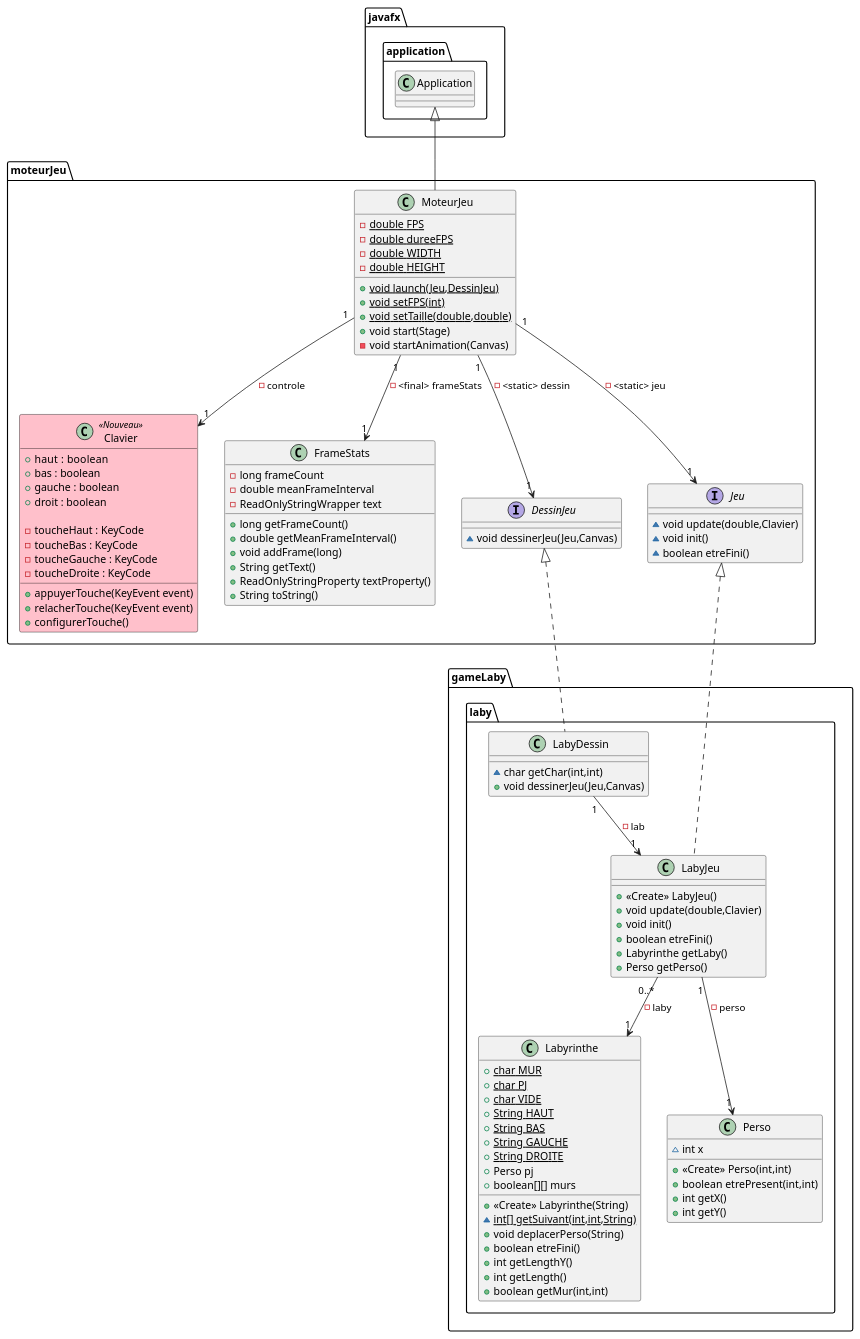
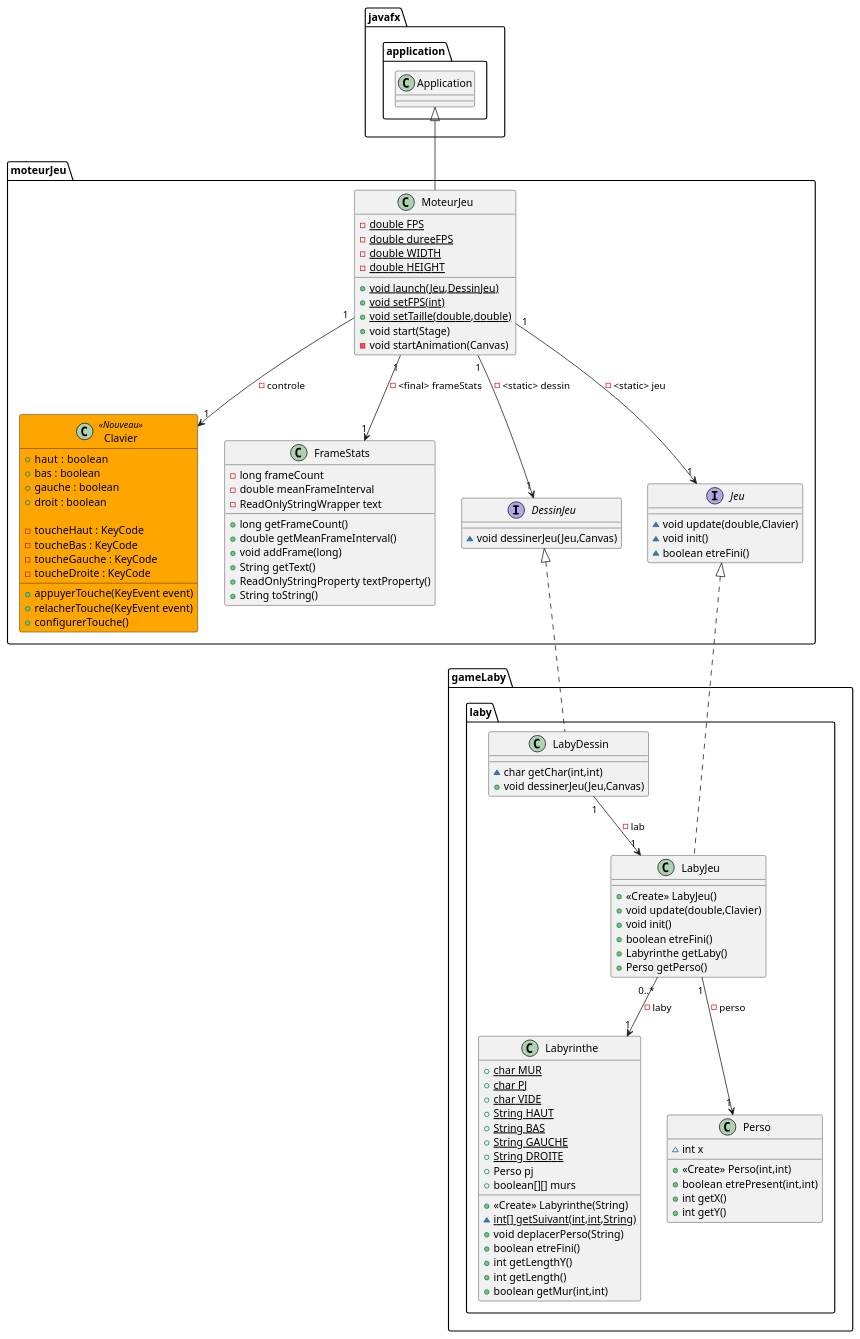
Before and after one commit to Luquor/2022_Zeldiablo_pinchon6u_elbourou11u_allali24u_kone41u_signorel2u: the diagram in documents/version_4/DiagClassConfigurationClavier.puml, drawn with PlantUML. The commit also changed 3 other files, not shown here.

Commit message:
push du diagramme de class de la configuration du clavier.

```diff
--- a/documents/version_4/DiagClassConfigurationClavier.puml
+++ b/documents/version_4/DiagClassConfigurationClavier.puml
@@ -1,108 +1,108 @@
 @startuml
 
 skinparam class{
-  BackgroundColor<<Nouveau>> Pink
+  BackgroundColor<<Nouveau>> Orange
   BorderColor<<Nouveau>> Black
 }
 
 class moteurJeu.Clavier<<Nouveau>>
 {
     + haut  : boolean
     + bas : boolean
     + gauche : boolean
     + droit : boolean
 
     - toucheHaut : KeyCode
     - toucheBas : KeyCode
     - toucheGauche : KeyCode
     - toucheDroite : KeyCode
 
     + appuyerTouche(KeyEvent event)
     + relacherTouche(KeyEvent event)
     + configurerTouche()
 }
 
 class moteurJeu.FrameStats {
 - long frameCount
 - double meanFrameInterval
 - ReadOnlyStringWrapper text
 + long getFrameCount()
 + double getMeanFrameInterval()
 + void addFrame(long)
 + String getText()
 + ReadOnlyStringProperty textProperty()
 + String toString()
 }
 class gameLaby.laby.Labyrinthe {
 + {static} char MUR
 + {static} char PJ
 + {static} char VIDE
 + {static} String HAUT
 + {static} String BAS
 + {static} String GAUCHE
 + {static} String DROITE
 + Perso pj
 + boolean[][] murs
 + <<Create>> Labyrinthe(String)
 ~ {static} int[] getSuivant(int,int,String)
 + void deplacerPerso(String)
 + boolean etreFini()
 + int getLengthY()
 + int getLength()
 + boolean getMur(int,int)
 }
 interface moteurJeu.DessinJeu {
 ~ void dessinerJeu(Jeu,Canvas)
 }
 class gameLaby.laby.LabyDessin {
 ~ char getChar(int,int)
 + void dessinerJeu(Jeu,Canvas)
 }
 
 class gameLaby.laby.LabyJeu {
 + <<Create>> LabyJeu()
 + void update(double,Clavier)
 + void init()
 + boolean etreFini()
 + Labyrinthe getLaby()
 + Perso getPerso()
 }
 interface moteurJeu.Jeu {
 ~ void update(double,Clavier)
 ~ void init()
 ~ boolean etreFini()
 }
 
 class gameLaby.laby.Perso {
 ~ int x
 + <<Create>> Perso(int,int)
 + boolean etrePresent(int,int)
 + int getX()
 + int getY()
 }
 
 class moteurJeu.MoteurJeu {
 - {static} double FPS
 - {static} double dureeFPS
 - {static} double WIDTH
 - {static} double HEIGHT
 + {static} void launch(Jeu,DessinJeu)
 + {static} void setFPS(int)
 + {static} void setTaille(double,double)
 + void start(Stage)
 - void startAnimation(Canvas)
 }
 
 
 moteurJeu.DessinJeu <|.. gameLaby.laby.LabyDessin
 moteurJeu.Jeu <|.. gameLaby.laby.LabyJeu
 javafx.application.Application <|-- moteurJeu.MoteurJeu
 moteurJeu.MoteurJeu "1" --> "1" moteurJeu.Clavier : - controle
 moteurJeu.MoteurJeu "1" --> "1" moteurJeu.Jeu : - <static> jeu
 moteurJeu.MoteurJeu "1" --> "1" moteurJeu.DessinJeu : - <static> dessin
 moteurJeu.MoteurJeu "1" --> "1" moteurJeu.FrameStats : - <final> frameStats
 gameLaby.laby.LabyJeu "0..*" --> "1" gameLaby.laby.Labyrinthe : - laby
 gameLaby.laby.LabyJeu "1" --> "1" gameLaby.laby.Perso : - perso
 gameLaby.laby.LabyDessin "1" --> "1" gameLaby.laby.LabyJeu : - lab
 
 @enduml
```
